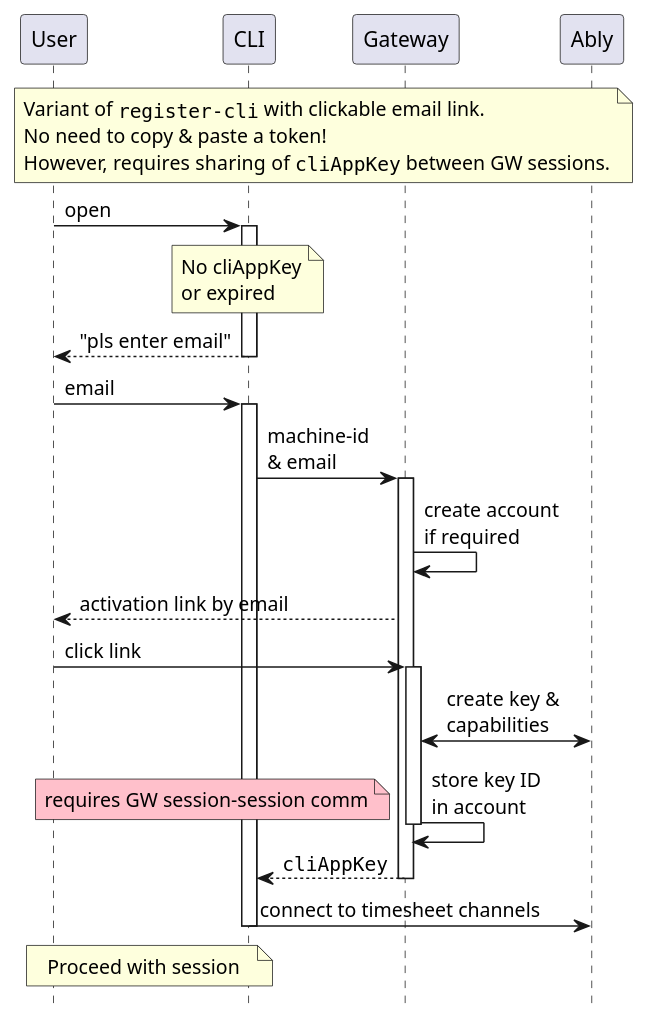
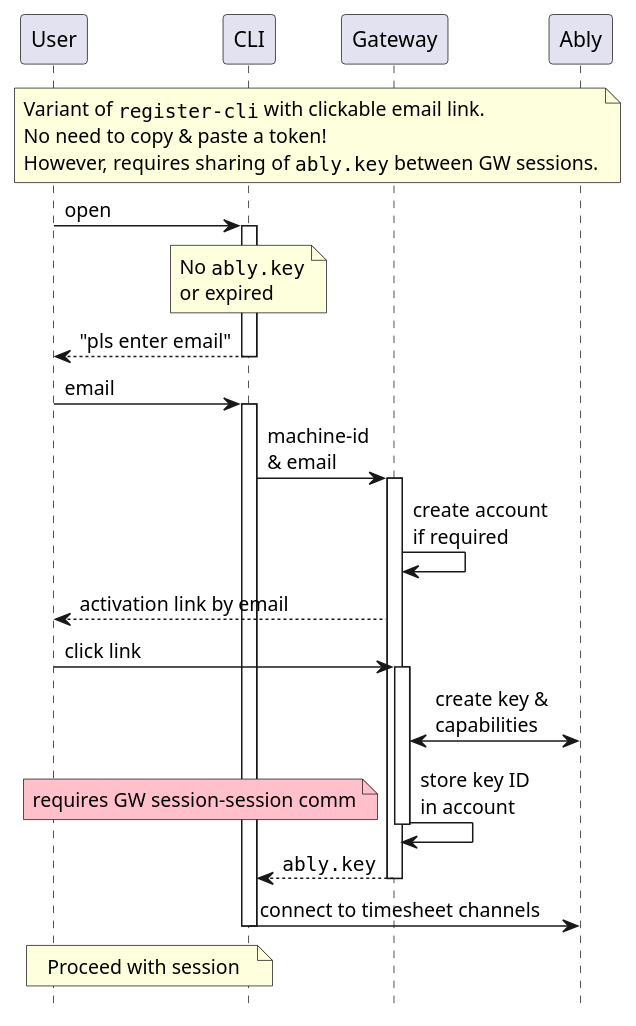
One commit to m-ld/timeld changed the diagram in architecture/security/register-cli-no-token.seq.puml. Above: the diagram before and after it, drawn with PlantUML. The commit also changed 21 other files, not shown here.

Commit message:
Gateway refinement - Correct interpretation of AblyKeys (new class) - Load all timesheet on Gateway init - Support local gateway ('.local') - REST error handling

```diff
--- a/architecture/security/register-cli-no-token.seq.puml
+++ b/architecture/security/register-cli-no-token.seq.puml
@@ -1,27 +1,27 @@
 @startuml
 'https://plantuml.com/sequence-diagram
 
 hide footbox
 
 note across
 Variant of ""register-cli"" with clickable email link.
 No need to copy & paste a token!
-However, requires sharing of ""cliAppKey"" between GW sessions.
+However, requires sharing of ""ably.key"" between GW sessions.
 end note
 
 User -> CLI ++: open
-note over CLI: No cliAppKey\nor expired
+note over CLI: No ""ably.key""\nor expired
 CLI --> User --: "pls enter email"
 User -> CLI ++: email
 CLI -> Gateway ++: machine-id\n& email
 Gateway -> Gateway: create account\nif required
 Gateway --> User: activation link by email
 User -> Gateway ++: click link
 Gateway <-> Ably: create key &\ncapabilities
 Gateway -> Gateway --: store key ID\nin account
 note left #pink: requires GW session-session comm
-Gateway --> CLI --: ""cliAppKey""
+Gateway --> CLI --: ""ably.key""
 CLI -> Ably --: connect to timesheet channels
 note over User, CLI: Proceed with session
 
 @enduml
```
